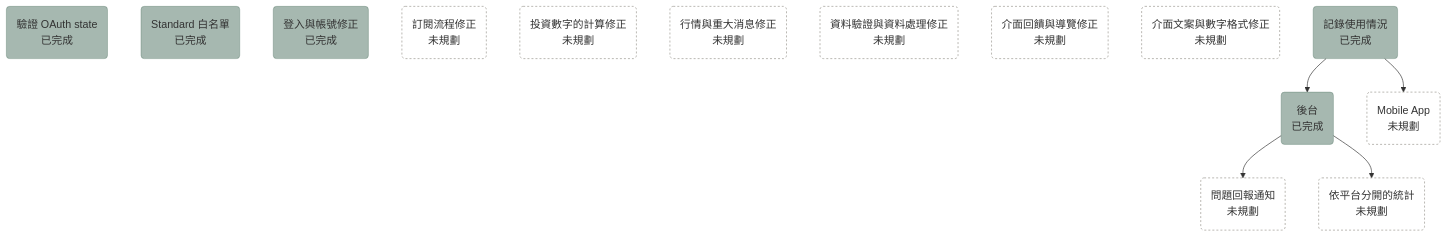
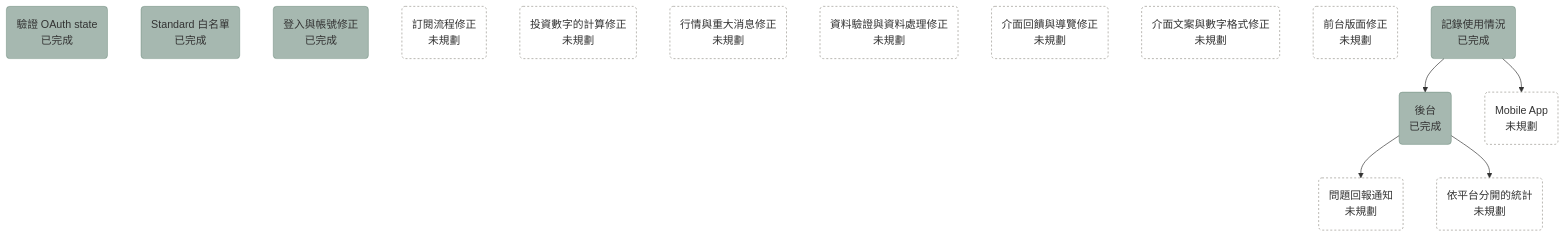
Before and after one commit to bingyangchen/taigu: the diagram in docs/plans/roadmap.md, drawn with Mermaid. The commit also changed other lines of this file and 3 other files, not shown here.

````diff
--- a/docs/plans/roadmap.md
+++ b/docs/plans/roadmap.md
@@ -7,24 +7,25 @@
 ```mermaid
 flowchart TD
   oauth_state_check("驗證 OAuth state<br/>已完成"):::done
   standard_whitelist("Standard 白名單<br/>已完成"):::done
   login_account_fixes("登入與帳號修正<br/>已完成"):::done
   billing_fixes("訂閱流程修正<br/>未規劃"):::unplanned
   calculation_fixes("投資數字的計算修正<br/>未規劃"):::unplanned
   market_data_fixes("行情與重大消息修正<br/>未規劃"):::unplanned
   data_fixes("資料驗證與資料處理修正<br/>未規劃"):::unplanned
   ui_feedback_fixes("介面回饋與導覽修正<br/>未規劃"):::unplanned
   copy_fixes("介面文案與數字格式修正<br/>未規劃"):::unplanned
+  frontend_layout_fixes("前台版面修正<br/>未規劃"):::unplanned
   usage_recording("記錄使用情況<br/>已完成"):::done
   admin_console("後台<br/>已完成"):::done
   issue_report_notification("問題回報通知<br/>未規劃"):::unplanned
   per_platform_stats("依平台分開的統計<br/>未規劃"):::unplanned
   mobile_app("Mobile App<br/>未規劃"):::unplanned
   usage_recording --> admin_console
   usage_recording --> mobile_app
   admin_console --> issue_report_notification
   admin_console --> per_platform_stats
   classDef done fill:#4f726280,stroke:#4f726280
   classDef approved fill:#e0a33a,stroke:#e0a33a,color:#1f1a12,font-weight:bold
   classDef unplanned fill:none,stroke:#9a978f,stroke-dasharray:3 3
 ```
````
